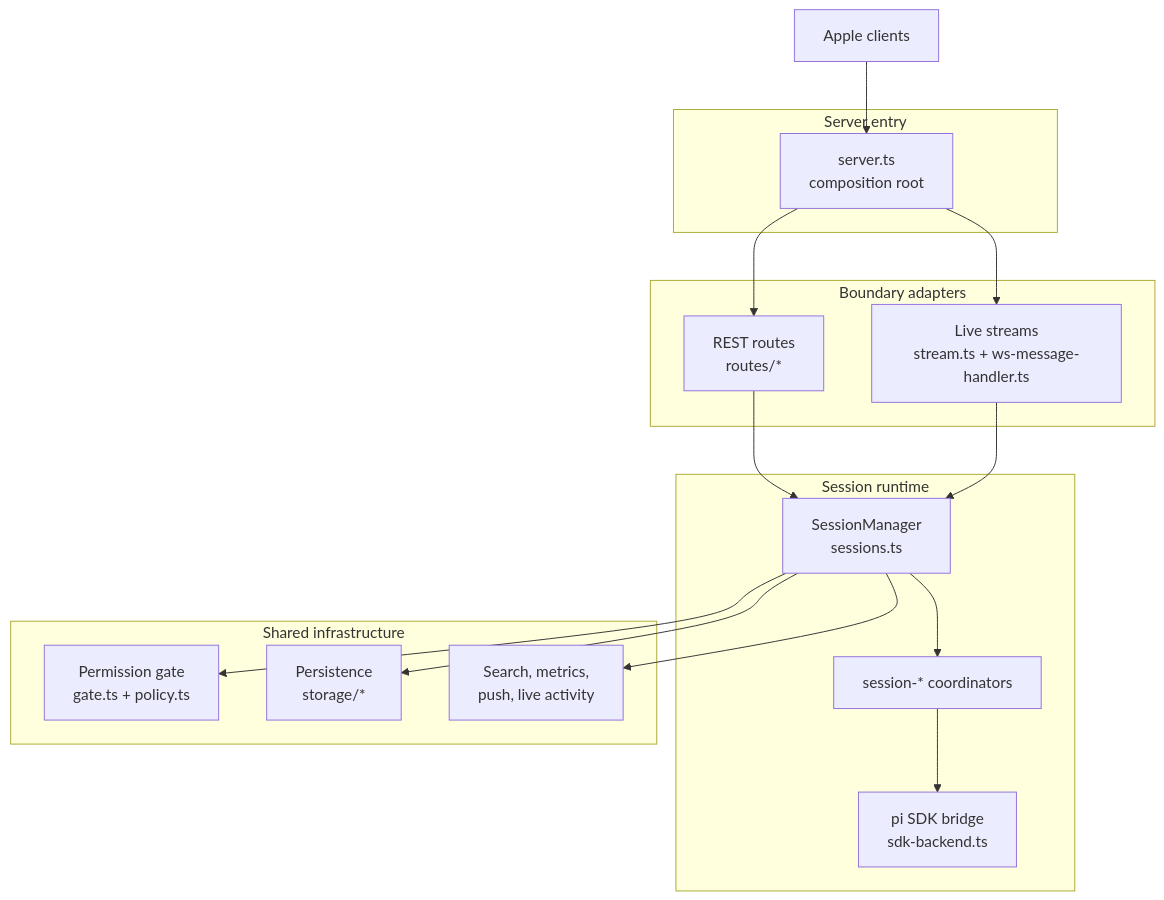
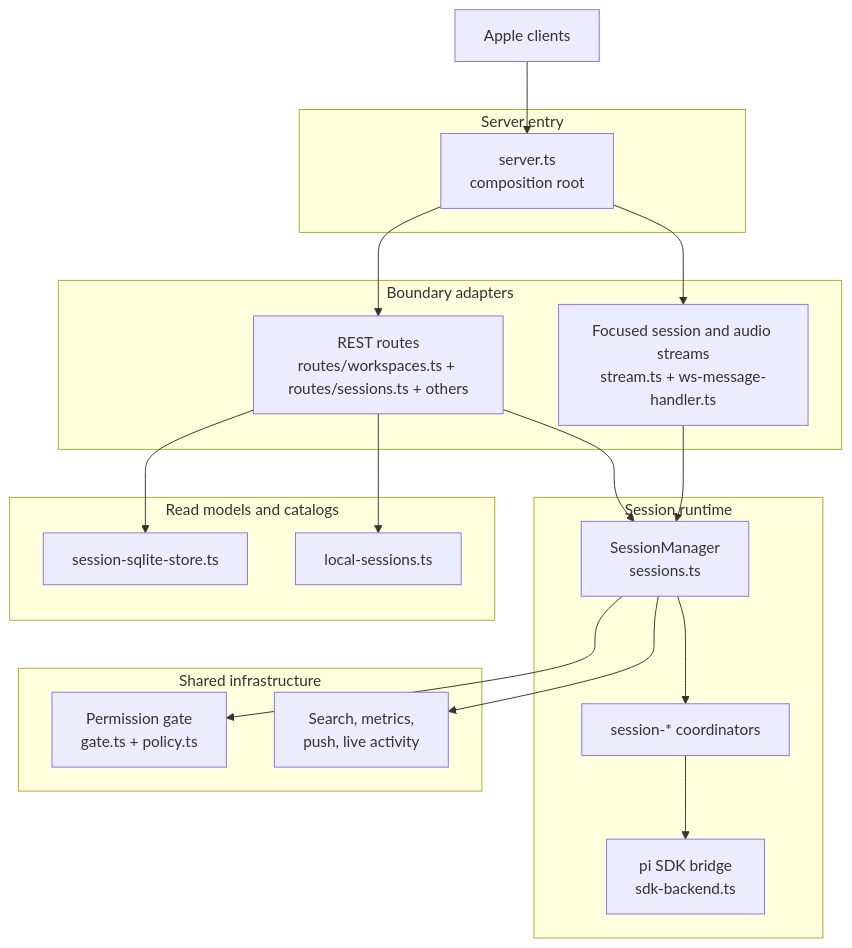
Before and after one commit to duh17/oppi: the sixth of 6 diagrams in docs/architecture.md, drawn with Mermaid. The commit also changed other lines of this file and 81 other files, not shown here.

````diff
--- a/docs/architecture.md
+++ b/docs/architecture.md
@@ -177,36 +211,41 @@
 ```mermaid
 graph TD
   Client[Apple clients]
 
   subgraph Entry[Server entry]
     Root[server.ts<br/>composition root]
   end
 
   subgraph Boundaries[Boundary adapters]
-    REST[REST routes<br/>routes/*]
-    Live[Live streams<br/>stream.ts + ws-message-handler.ts]
+    REST[REST routes<br/>routes/workspaces.ts + routes/sessions.ts + others]
+    Live[Focused session and audio streams<br/>stream.ts + ws-message-handler.ts]
   end
 
   subgraph Runtime[Session runtime]
     Sessions[SessionManager<br/>sessions.ts]
     Flow[session-* coordinators]
     Pi[pi SDK bridge<br/>sdk-backend.ts]
   end
 
+  subgraph ReadModel[Read models and catalogs]
+    Sqlite[session-sqlite-store.ts]
+    LocalCatalog[local-sessions.ts]
+  end
+
   subgraph Infrastructure[Shared infrastructure]
     Gate[Permission gate<br/>gate.ts + policy.ts]
-    Store[Persistence<br/>storage/*]
     Ops[Search, metrics,<br/>push, live activity]
   end
 
   Client --> Root
   Root --> REST
   Root --> Live
   REST --> Sessions
+  REST --> Sqlite
+  REST --> LocalCatalog
   Live --> Sessions
   Sessions --> Flow
   Flow --> Pi
   Sessions --> Gate
-  Sessions --> Store
   Sessions --> Ops
 ```
````
